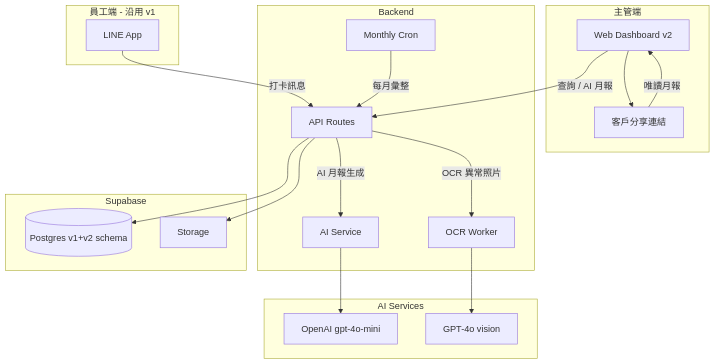
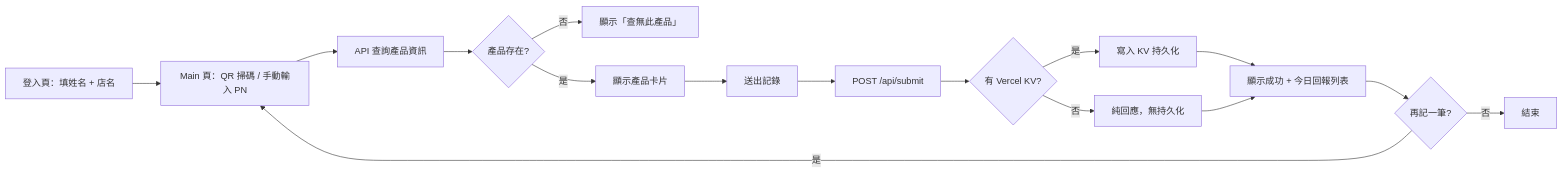
Before and after one commit to openclawsean024-create/staff-reporting-system-v2: the diagram in PRD/SPEC.md, drawn with Mermaid. The commit also changed other lines of this file and 9 other files, not shown here.

````diff
--- a/PRD/SPEC.md
+++ b/PRD/SPEC.md
@@ -278,40 +38,18 @@
 ```mermaid
-graph TB
-  subgraph 員工 [員工端 - 沿用 v1]
-    LINE[LINE App]
-  end
-
-  subgraph 主管 [主管端]
-    WEB[Web Dashboard v2]
-    SHARE[客戶分享連結]
-  end
-
-  subgraph Backend
-    API[API Routes]
-    CRON[Monthly Cron]
-    OCR[OCR Worker]
-    AI[AI Service]
-  end
-
-  subgraph Supabase
-    DB[(Postgres v1+v2 schema)]
-    STG[Storage]
-  end
-
-  subgraph AI Services
-    GPT[OpenAI gpt-4o-mini]
-    GPTV[GPT-4o vision]
-  end
-
-  LINE -->|打卡訊息| API
-  WEB -->|查詢 / AI 月報| API
-  API --> DB
-  API --> STG
-  CRON -->|每月彙整| API
-  API -->|OCR 異常照片| OCR
-  OCR --> GPTV
-  API -->|AI 月報生成| AI
-  AI --> GPT
-  WEB --> SHARE
-  SHARE -->|唯讀月報| WEB
+flowchart LR
+  A[登入頁：填姓名 + 店名] --> B[Main 頁：QR 掃碼 / 手動輸入 PN]
+  B --> C[API 查詢產品資訊]
+  C --> D{產品存在?}
+  D -->|否| E[顯示「查無此產品」]
+  D -->|是| F[顯示產品卡片]
+  F --> G[送出記錄]
+  G --> H[POST /api/submit]
+  H --> I{有 Vercel KV?}
+  I -->|是| J[寫入 KV 持久化]
+  I -->|否| K[純回應，無持久化]
+  J --> L[顯示成功 + 今日回報列表]
+  K --> L
+  L --> M{再記一筆?}
+  M -->|是| B
+  M -->|否| N[結束]
 ```
````
